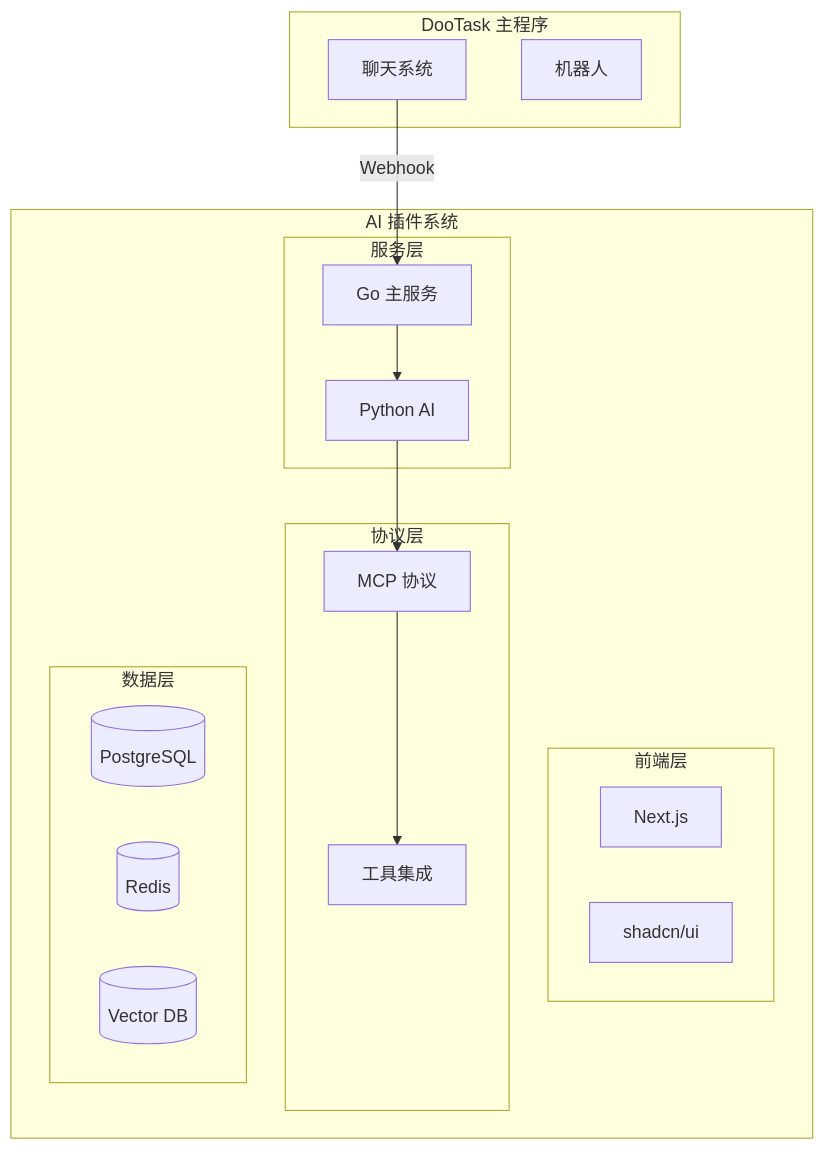
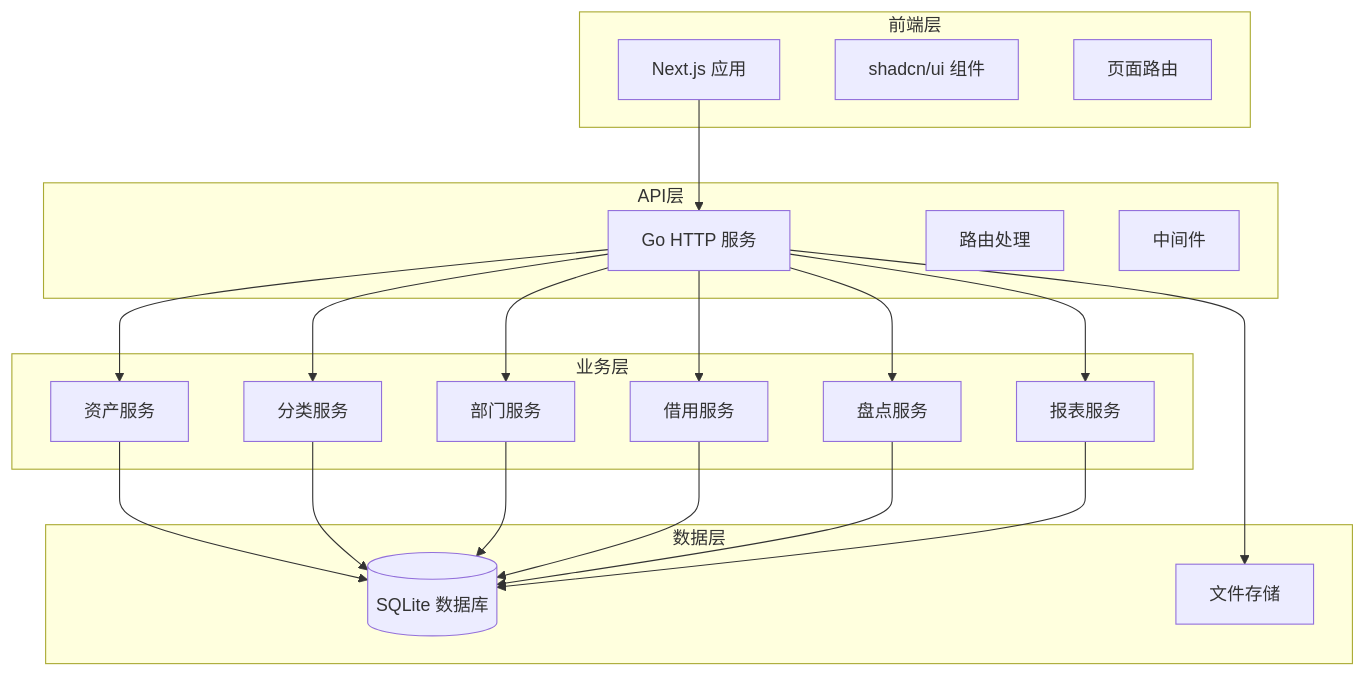
One commit to dootask/assets changed the diagram in README.md. Above: the diagram before and after it, drawn with Mermaid. The commit also changed other lines of this file and 203 other files, not shown here.

````diff
--- a/README.md
+++ b/README.md
@@ -52,35 +54,43 @@
 ```mermaid
 graph TB
-    subgraph "DooTask 主程序"
-        DT[聊天系统]
-        BOT[机器人]
+    subgraph "前端层"
+        UI[Next.js 应用]
+        COMP[shadcn/ui 组件]
+        PAGES[页面路由]
     end
 
-    subgraph "AI 插件系统"
-        subgraph "前端层"
-            UI[Next.js]
-            COMP[shadcn/ui]
-        end
-
-        subgraph "服务层"
-            GO[Go 主服务]
-            PY[Python AI]
-        end
-
-        subgraph "协议层"
-            MCP[MCP 协议]
-            TOOLS[工具集成]
-        end
-
-        subgraph "数据层"
-            PG[(PostgreSQL)]
-            REDIS[(Redis)]
-            VECTOR[(Vector DB)]
-        end
+    subgraph "API层"
+        GO[Go HTTP 服务]
+        ROUTER[路由处理]
+        MIDDLEWARE[中间件]
     end
 
-    DT -->|Webhook| GO
-    GO --> PY
-    PY --> MCP
-    MCP --> TOOLS
+    subgraph "业务层"
+        ASSET[资产服务]
+        CATEGORY[分类服务]
+        DEPT[部门服务]
+        BORROW[借用服务]
+        INVENTORY[盘点服务]
+        REPORT[报表服务]
+    end
+
+    subgraph "数据层"
+        SQLITE[(SQLite 数据库)]
+        FILES[文件存储]
+    end
+
+    UI --> GO
+    GO --> ASSET
+    GO --> CATEGORY
+    GO --> DEPT
+    GO --> BORROW
+    GO --> INVENTORY
+    GO --> REPORT
+    ASSET --> SQLITE
+    CATEGORY --> SQLITE
+    DEPT --> SQLITE
+    BORROW --> SQLITE
+    INVENTORY --> SQLITE
+    REPORT --> SQLITE
+    GO --> FILES
 ```
````
